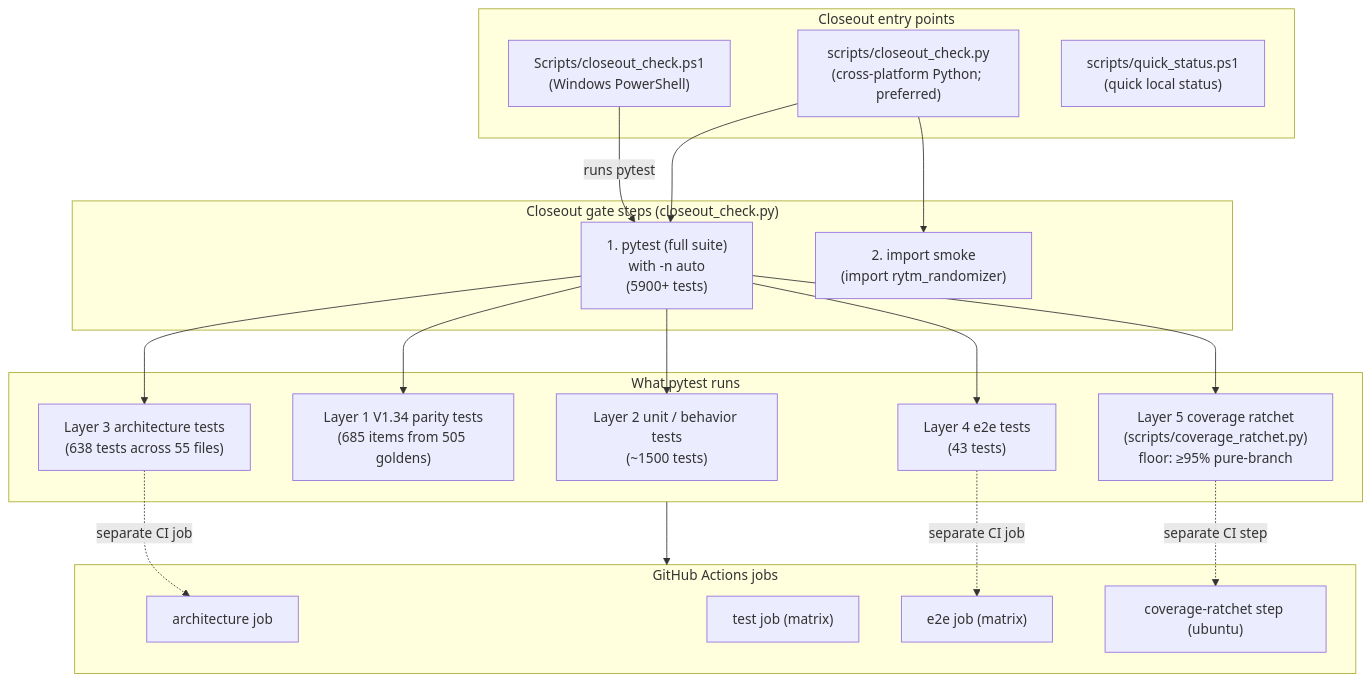
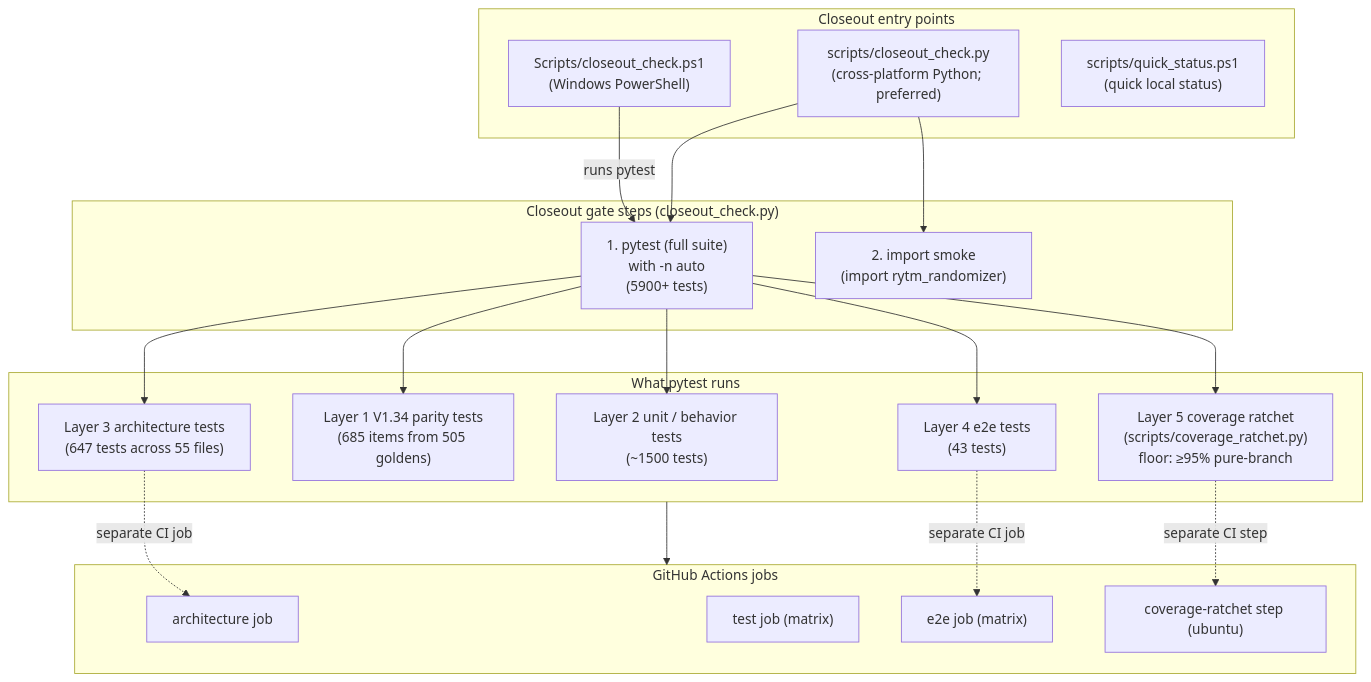
One commit to buzzijose-hub/RytmRandomizer changed diagram 24 of 34 in docs/ARCHITECTURE_DIAGRAMS.md. Above: the diagram before and after it, drawn with Mermaid. The commit also changed other lines of this file and 2 other files, not shown here.

Commit message:
docs: justify a4 patch send seam

````diff
--- a/docs/ARCHITECTURE_DIAGRAMS.md
+++ b/docs/ARCHITECTURE_DIAGRAMS.md
@@ -1658,43 +1658,43 @@
 ```mermaid
 flowchart TB
     subgraph Entry["Closeout entry points"]
         CloseoutPS1["Scripts/closeout_check.ps1<br/>(Windows PowerShell)"]
         CloseoutPy["scripts/closeout_check.py<br/>(cross-platform Python; preferred)"]
         QuickStatus["scripts/quick_status.ps1<br/>(quick local status)"]
     end
 
     subgraph GateSteps["Closeout gate steps (closeout_check.py)"]
         Step1["1. pytest (full suite)<br/>with -n auto<br/>(5900+ tests)"]
         Step2["2. import smoke<br/>(import rytm_randomizer)"]
     end
 
     subgraph PytestLayers["What pytest runs"]
         PassiveTests["Layer 2 unit / behavior tests<br/>(~1500 tests)"]
         ParityTests["Layer 1 V1.34 parity tests<br/>(685 items from 505 goldens)"]
-        ArchTests["Layer 3 architecture tests<br/>(638 tests across 55 files)"]
+        ArchTests["Layer 3 architecture tests<br/>(647 tests across 55 files)"]
         E2ETests["Layer 4 e2e tests<br/>(43 tests)"]
         CovStep["Layer 5 coverage ratchet<br/>(scripts/coverage_ratchet.py)<br/>floor: ≥95% pure-branch"]
     end
 
     subgraph CIJobs["GitHub Actions jobs"]
         CIArch["architecture job"]
         CITest["test job (matrix)"]
         CIE2E["e2e job (matrix)"]
         CIRatchet["coverage-ratchet step (ubuntu)"]
     end
 
     CloseoutPS1 -->|"runs pytest"| Step1
     CloseoutPy --> Step1
     CloseoutPy --> Step2
 
     Step1 --> PassiveTests
     Step1 --> ParityTests
     Step1 --> ArchTests
     Step1 --> E2ETests
     Step1 --> CovStep
 
     PytestLayers --> CIJobs
     ArchTests -.->|"separate CI job"| CIArch
     E2ETests -.->|"separate CI job"| CIE2E
     CovStep -.->|"separate CI step"| CIRatchet
 ```
````
